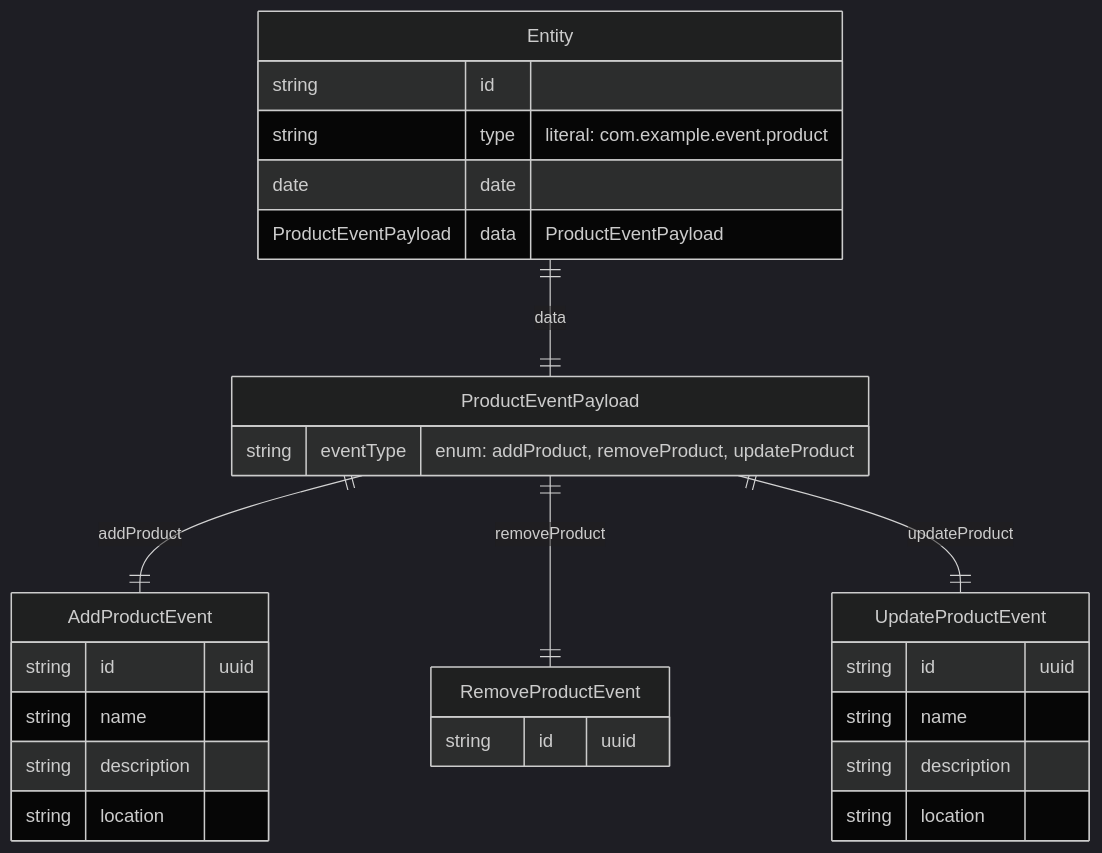
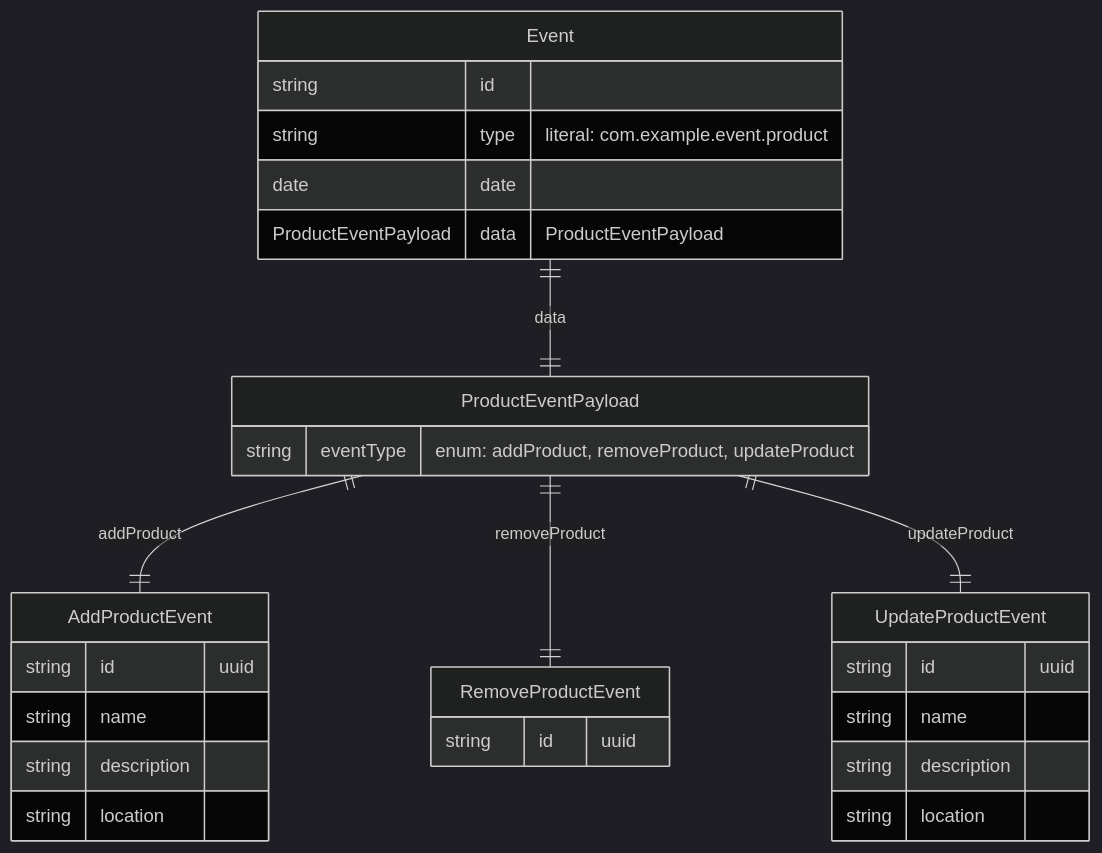
Diagram 11 of 16 in examples/mermaid-examples.md (kothar/zod-mermaid), drawn with Mermaid (dark theme) before and after one commit. The commit also changed other lines of this file, not shown here.

Commit message:
Refactor: Rename Entity to Event in mermaid examples

````diff
--- a/examples/mermaid-examples.md
+++ b/examples/mermaid-examples.md
@@ -241,31 +241,31 @@
 ```mermaid
 erDiagram
-    Entity {
+    Event {
         string id
         string type "literal: com.example.event.product"
         date date
         ProductEventPayload data "ProductEventPayload"
     }
     ProductEventPayload {
         string eventType "enum: addProduct, removeProduct, updateProduct"
     }
     AddProductEvent {
         string id "uuid"
         string name
         string description
         string location
     }
     RemoveProductEvent {
         string id "uuid"
     }
     UpdateProductEvent {
         string id "uuid"
         string name
         string description
         string location
     }
-    Entity ||--|| ProductEventPayload : "data"
+    Event ||--|| ProductEventPayload : "data"
     ProductEventPayload ||--|| AddProductEvent : "addProduct"
     ProductEventPayload ||--|| RemoveProductEvent : "removeProduct"
     ProductEventPayload ||--|| UpdateProductEvent : "updateProduct"
 ```
````
